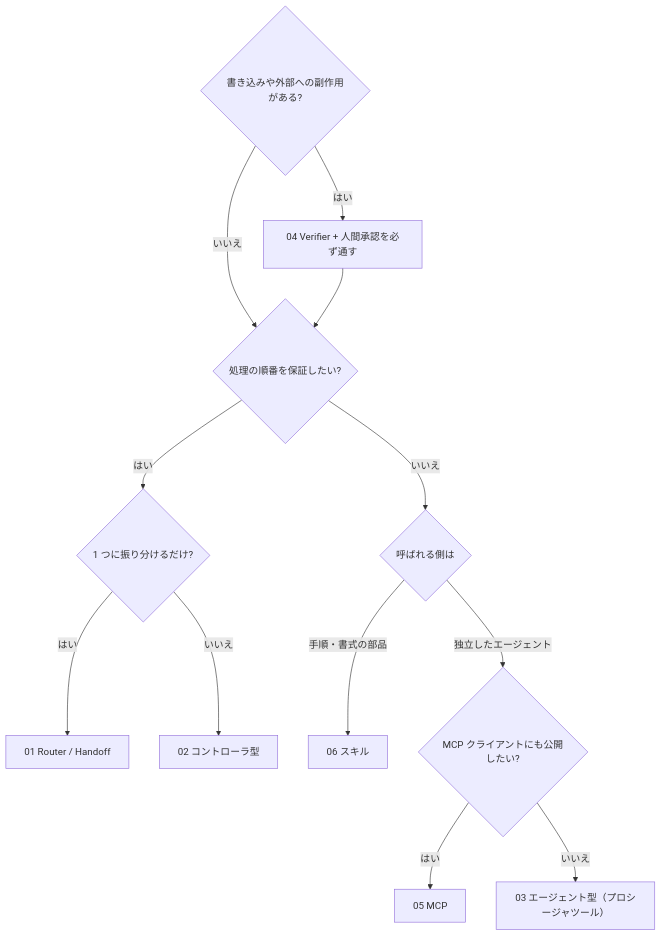
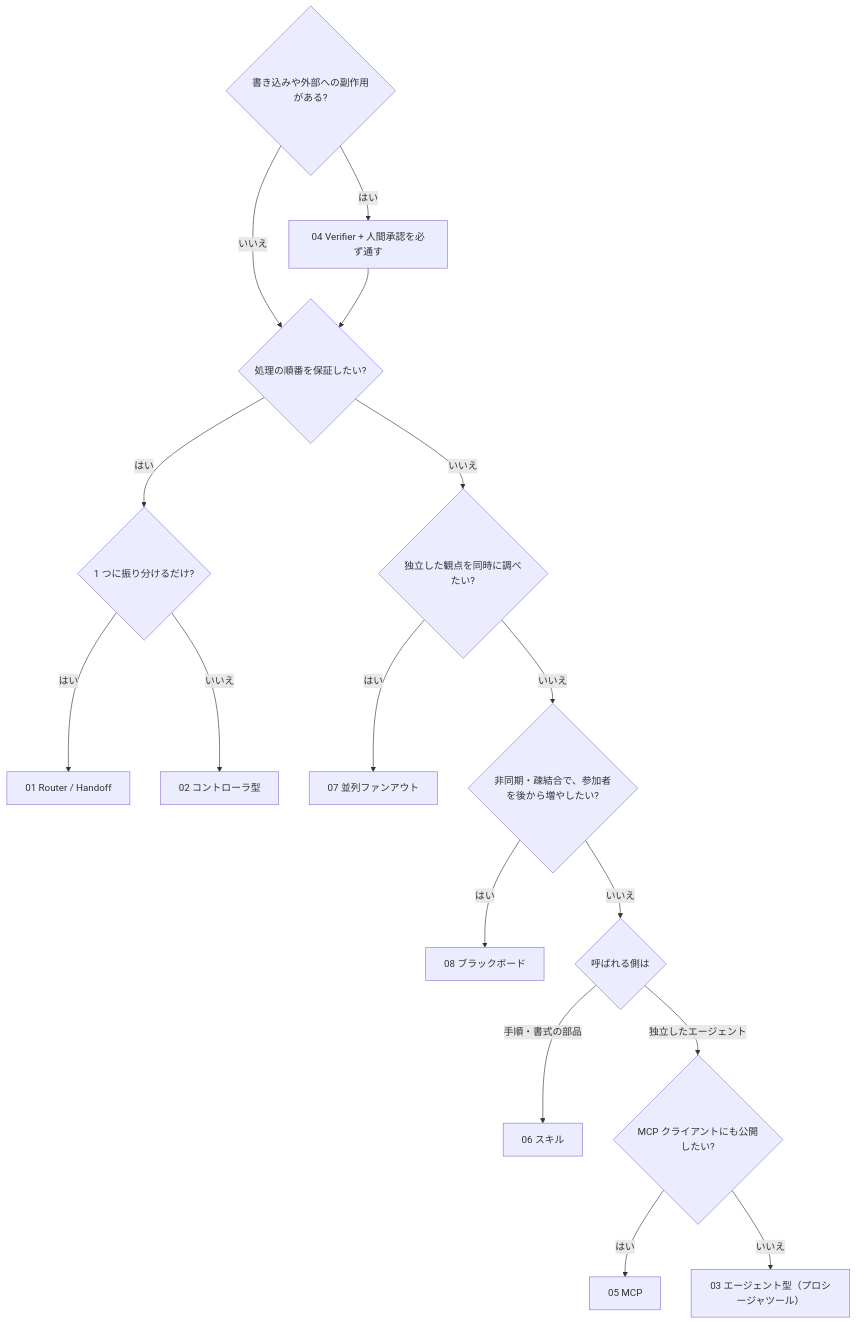
Before and after one commit to Snowflake-Labs/sf-samples-jp: the diagram in handson/multi-agent-patterns/README.md, drawn with Mermaid. The commit also changed other lines of this file and 37 other files, not shown here.

````diff
--- a/handson/multi-agent-patterns/README.md
+++ b/handson/multi-agent-patterns/README.md
@@ -42,14 +57,18 @@
 ```mermaid
 flowchart TD
   Q1{書き込みや外部への副作用がある?} -->|はい| P04[04 Verifier + 人間承認を必ず通す]
   Q1 -->|いいえ| Q2{処理の順番を保証したい?}
   P04 --> Q2
   Q2 -->|はい| Q3{1 つに振り分けるだけ?}
   Q3 -->|はい| P01[01 Router / Handoff]
   Q3 -->|いいえ| P02[02 コントローラ型]
-  Q2 -->|いいえ| Q4{呼ばれる側は}
+  Q2 -->|いいえ| Q6{独立した観点を同時に調べたい?}
+  Q6 -->|はい| P07[07 並列ファンアウト]
+  Q6 -->|いいえ| Q7{非同期・疎結合で、参加者を後から増やしたい?}
+  Q7 -->|はい| P08[08 ブラックボード]
+  Q7 -->|いいえ| Q4{呼ばれる側は}
   Q4 -->|手順・書式の部品| P06[06 スキル]
   Q4 -->|独立したエージェント| Q5{MCP クライアントにも公開したい?}
   Q5 -->|はい| P05[05 MCP]
   Q5 -->|いいえ| P03[03 エージェント型（プロシージャツール）]
 ```
````
